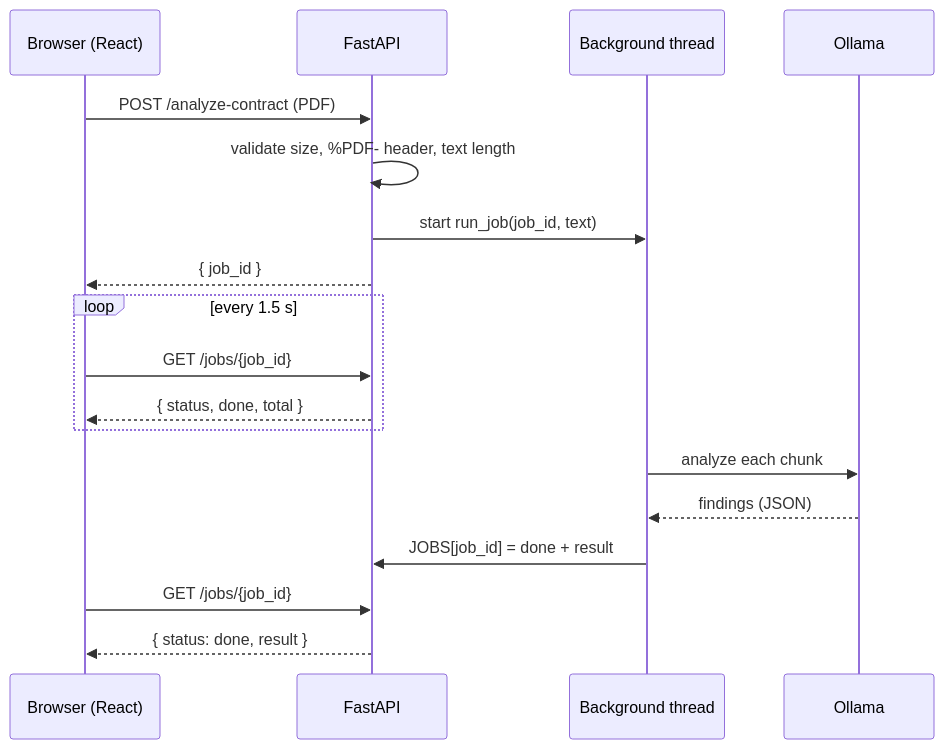
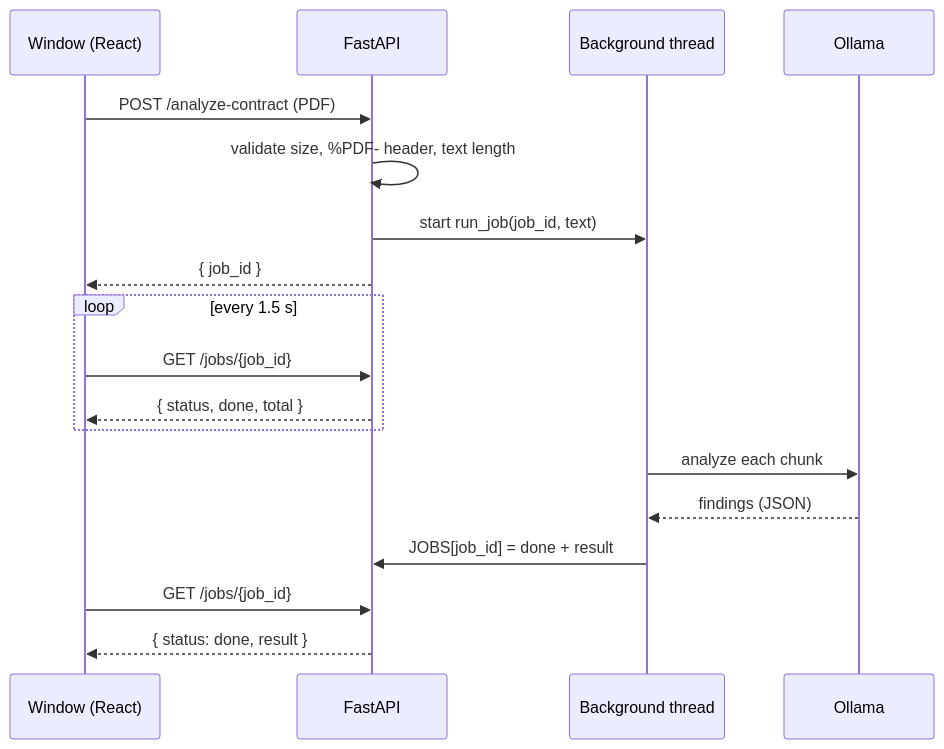
One commit to zoki8/ai-contract-analyzer changed the third of 4 diagrams in README.md. Above: the diagram before and after it, drawn with Mermaid. The commit also changed other lines of this file, not shown here.

````diff
--- a/README.md
+++ b/README.md
@@ -108,21 +172,21 @@
 ```mermaid
 sequenceDiagram
-    participant U as Browser (React)
+    participant U as Window (React)
     participant A as FastAPI
     participant T as Background thread
     participant O as Ollama
 
     U->>A: POST /analyze-contract (PDF)
     A->>A: validate size, %PDF- header, text length
     A->>T: start run_job(job_id, text)
     A-->>U: { job_id }
     loop every 1.5 s
         U->>A: GET /jobs/{job_id}
         A-->>U: { status, done, total }
     end
     T->>O: analyze each chunk
     O-->>T: findings (JSON)
     T->>A: JOBS[job_id] = done + result
     U->>A: GET /jobs/{job_id}
     A-->>U: { status: done, result }
 ```
````
